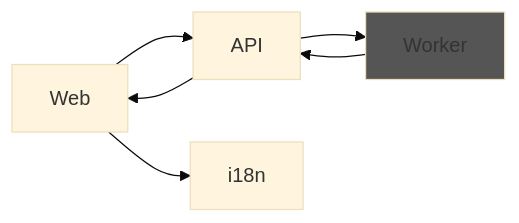
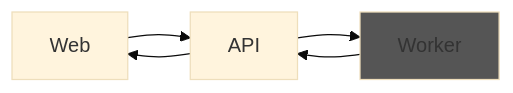
The first of 3 diagrams in README.md (ftechmax/msa-templates), drawn with Mermaid (base theme) before and after one commit. The commit also changed other lines of this file and 3 other files, not shown here.

````diff
--- a/README.md
+++ b/README.md
@@ -31,9 +42,8 @@
 ```mermaid
 graph LR;
     Wb[Web]-->A[API];
     A-->Wb;
     A-->W;
     W[Worker]-->A;
-    Wb-->i18n
     style W fill:#555
 ```
````
